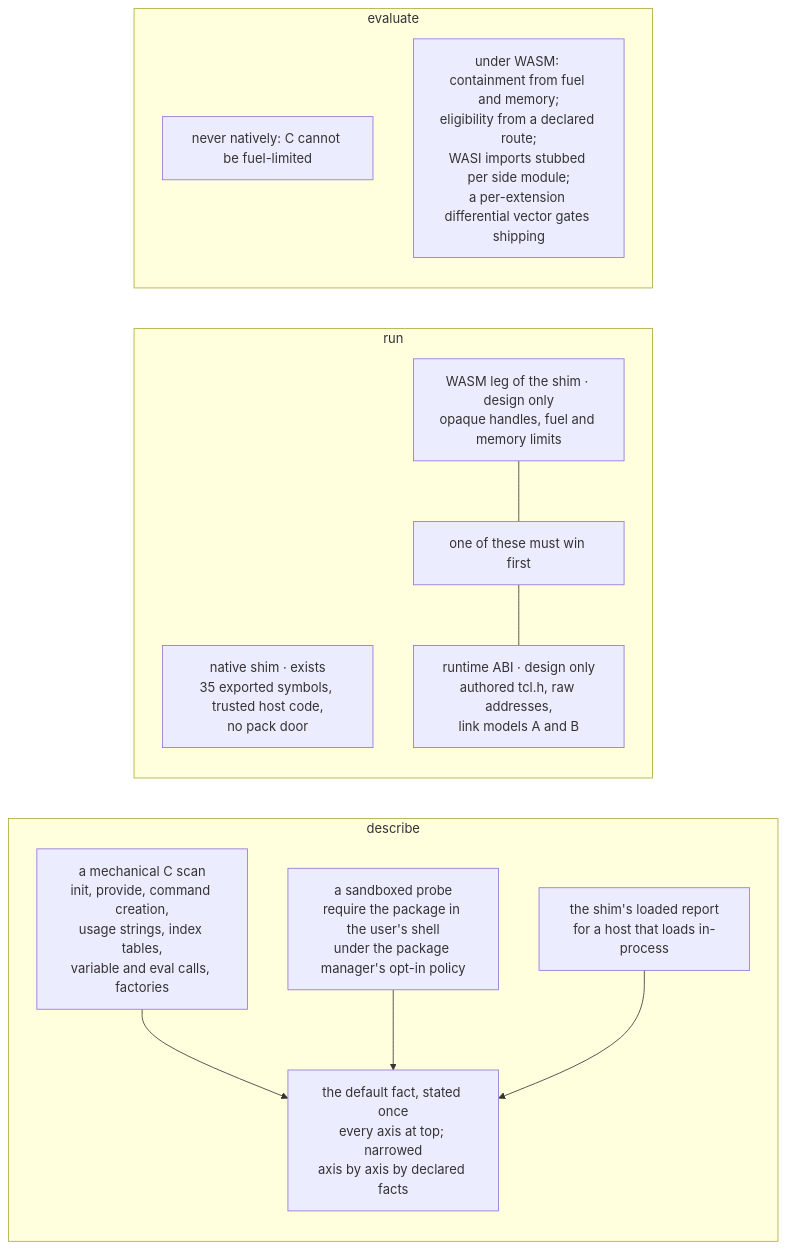
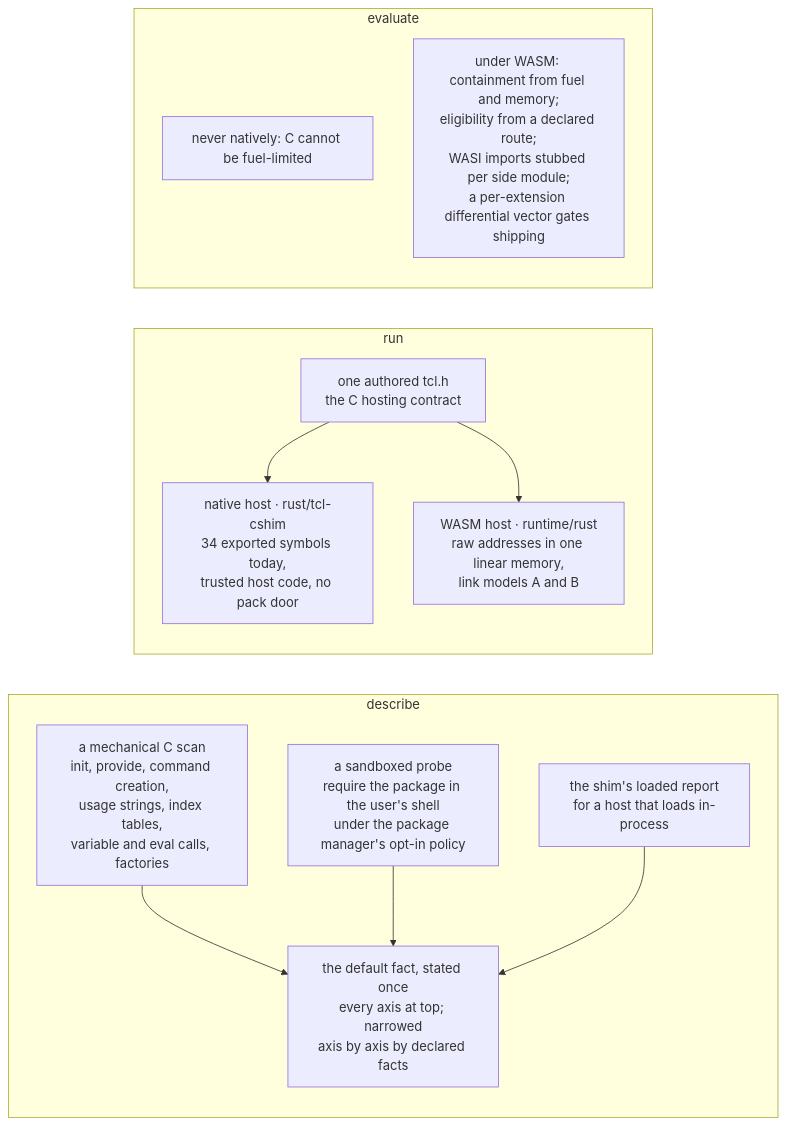
Before and after one commit to bitwisecook/tcl-lsp: the fourth of 4 diagrams in docs/design/compiler/registry-consumer-contracts.md, drawn with Mermaid. The commit also changed other lines of this file, not shown here.

First line of the commit message:
docs(design): registry consumer contracts — complete the description, identity and backing contracts

````diff
--- a/docs/design/compiler/registry-consumer-contracts.md
+++ b/docs/design/compiler/registry-consumer-contracts.md
@@ -449,23 +1714,23 @@
 ```mermaid
 flowchart LR
     subgraph describe["describe"]
         S1["a mechanical C scan<br/>init, provide, command creation,<br/>usage strings, index tables,<br/>variable and eval calls, factories"]
         S2["a sandboxed probe<br/>require the package in the user's shell<br/>under the package manager's opt-in policy"]
         S3["the shim's loaded report<br/>for a host that loads in-process"]
         DF["the default fact, stated once<br/>every axis at top; narrowed<br/>axis by axis by declared facts"]
         S1 --> DF
         S2 --> DF
         S3 --> DF
     end
     subgraph run["run"]
-        NS["native shim · exists<br/>35 exported symbols, trusted host code,<br/>no pack door"]
-        WL["WASM leg of the shim · design only<br/>opaque handles, fuel and memory limits"]
-        AB["runtime ABI · design only<br/>authored tcl.h, raw addresses,<br/>link models A and B"]
-        RUL["one of these must win first"]
-        WL --- RUL --- AB
+        HDR["one authored tcl.h<br/>the C hosting contract"]
+        NS["native host · rust/tcl-cshim<br/>34 exported symbols today,<br/>trusted host code, no pack door"]
+        AB["WASM host · runtime/rust<br/>raw addresses in one linear memory,<br/>link models A and B"]
+        HDR --> NS
+        HDR --> AB
     end
     subgraph evaluate["evaluate"]
         FN["never natively: C cannot be fuel-limited"]
         FW["under WASM: containment from fuel and memory;<br/>eligibility from a declared route;<br/>WASI imports stubbed per side module;<br/>a per-extension differential vector gates shipping"]
     end
 ```
````
